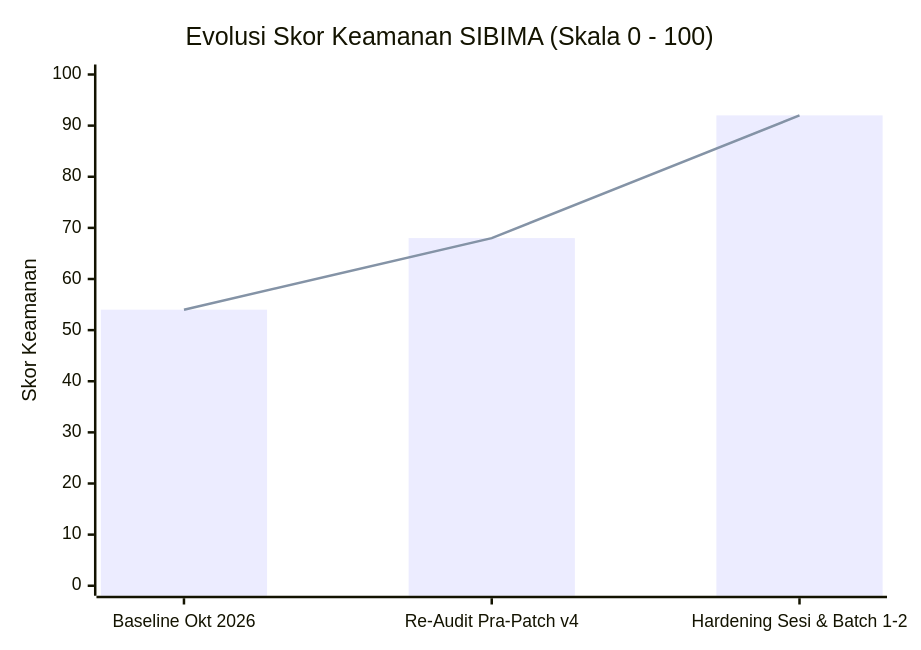
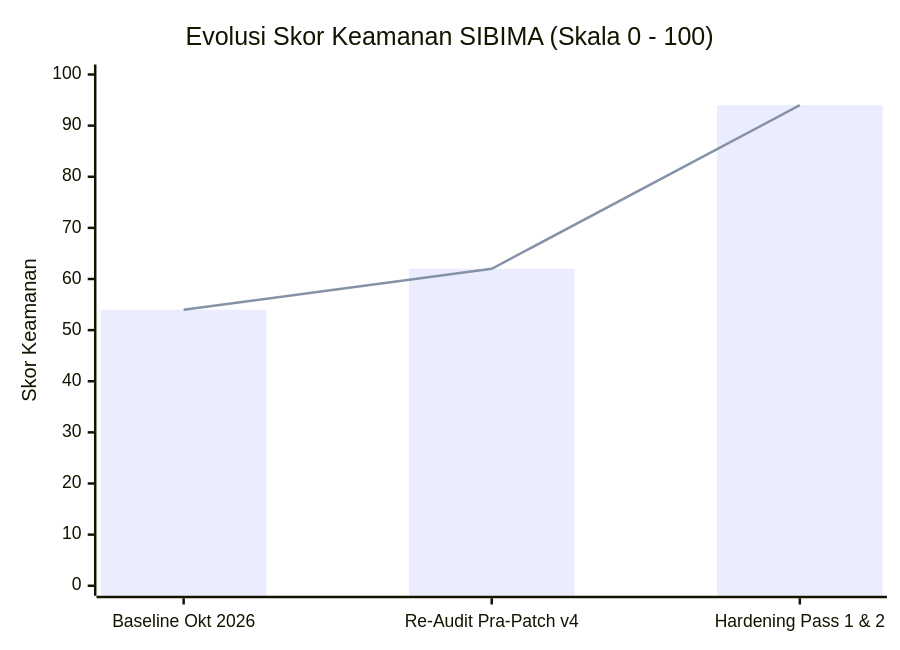
Before and after one commit to bagusaliakbar/SIBIMA: the first of 3 diagrams in docs/laporan_audit_keamanan_sibima.md, drawn with Mermaid. The commit also changed other lines of this file and 23 other files, not shown here.

````diff
--- a/docs/laporan_audit_keamanan_sibima.md
+++ b/docs/laporan_audit_keamanan_sibima.md
@@ -61,8 +62,8 @@
 ```mermaid
 xychart-beta
     title "Evolusi Skor Keamanan SIBIMA (Skala 0 - 100)"
-    x-axis ["Baseline Okt 2026", "Re-Audit Pra-Patch v4", "Hardening Sesi & Batch 1-2"]
+    x-axis ["Baseline Okt 2026", "Re-Audit Pra-Patch v4", "Hardening Pass 1 & 2"]
     y-axis "Skor Keamanan" 0 --> 100
-    bar [54, 68, 92]
-    line [54, 68, 92]
+    bar [54, 62, 94]
+    line [54, 62, 94]
 ```
````
